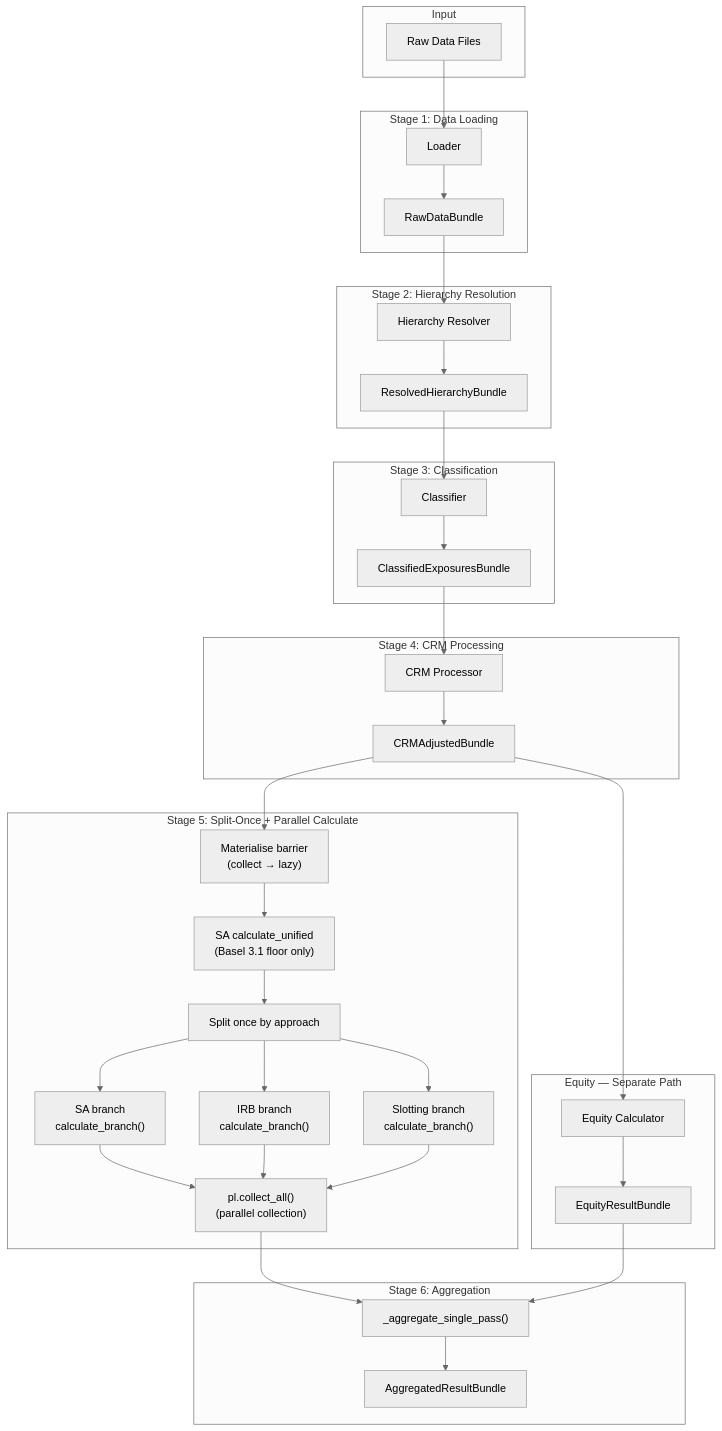
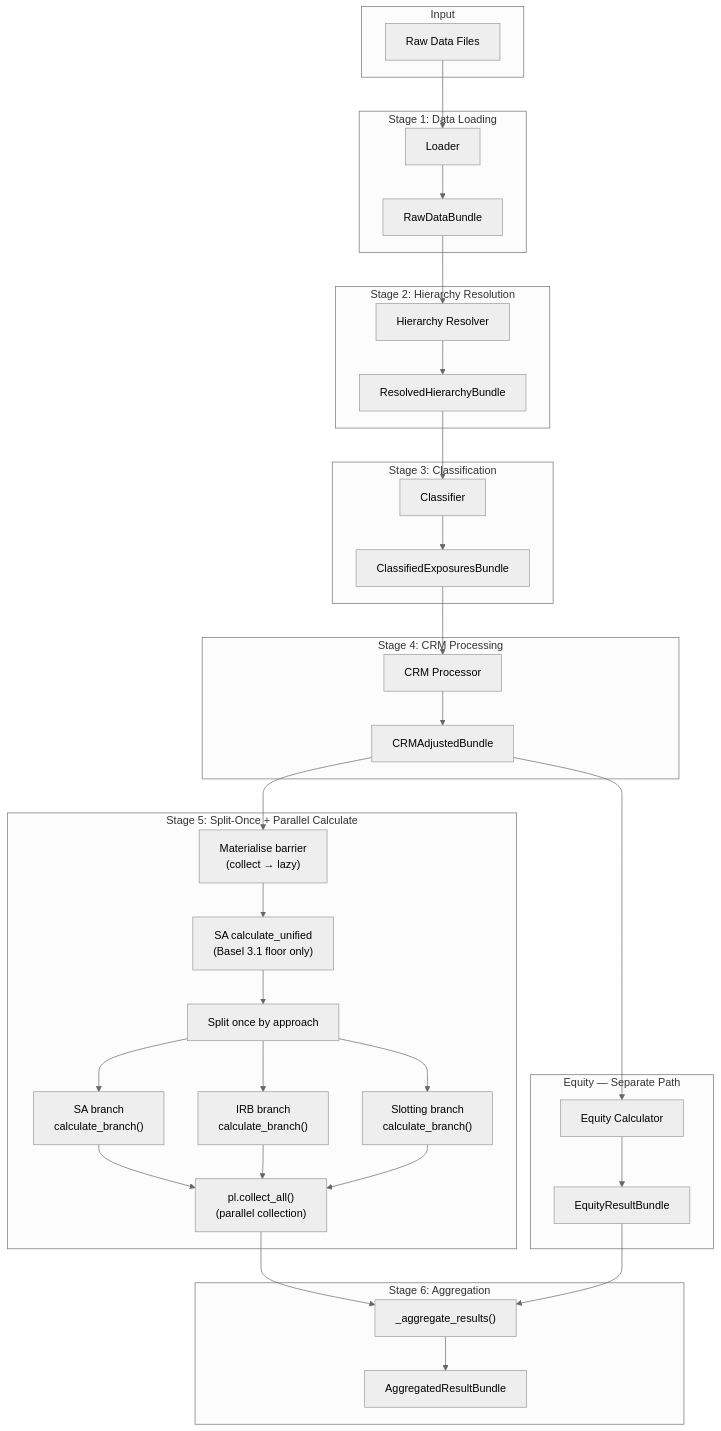
The diagram in docs/architecture/pipeline.md (OpenAfterHours/rwa_calculator), drawn with Mermaid (neutral theme) before and after one commit. The commit also changed 4 other files, not shown here.

First line of the commit message:
refactor(pipeline): rename single-pass methods, remove dead code

````diff
--- a/docs/architecture/pipeline.md
+++ b/docs/architecture/pipeline.md
@@ -7,56 +7,56 @@
 ```mermaid
 flowchart TD
     subgraph Input
         A[Raw Data Files]
     end
 
     subgraph Stage1[Stage 1: Data Loading]
         B[Loader]
         B1[RawDataBundle]
     end
 
     subgraph Stage2[Stage 2: Hierarchy Resolution]
         C[Hierarchy Resolver]
         C1[ResolvedHierarchyBundle]
     end
 
     subgraph Stage3[Stage 3: Classification]
         D[Classifier]
         D1[ClassifiedExposuresBundle]
     end
 
     subgraph Stage4[Stage 4: CRM Processing]
         E[CRM Processor]
         E1[CRMAdjustedBundle]
     end
 
     subgraph Stage5[Stage 5: Split-Once + Parallel Calculate]
         M["Materialise barrier<br/>(collect → lazy)"]
         U["SA calculate_unified<br/>(Basel 3.1 floor only)"]
         SP[Split once by approach]
         F["SA branch<br/>calculate_branch()"]
         G["IRB branch<br/>calculate_branch()"]
         H["Slotting branch<br/>calculate_branch()"]
         CA["pl.collect_all()<br/>(parallel collection)"]
     end
 
     subgraph Equity[Equity — Separate Path]
         L[Equity Calculator]
         L1[EquityResultBundle]
     end
 
     subgraph Stage6[Stage 6: Aggregation]
-        I["_aggregate_single_pass()"]
+        I["_aggregate_results()"]
         I1[AggregatedResultBundle]
     end
 
     A --> B --> B1
     B1 --> C --> C1
     C1 --> D --> D1
     D1 --> E --> E1
     E1 --> M --> U --> SP
     SP --> F & G & H
     F & G & H --> CA
     E1 --> L --> L1
     CA & L1 --> I --> I1
 ```
````
